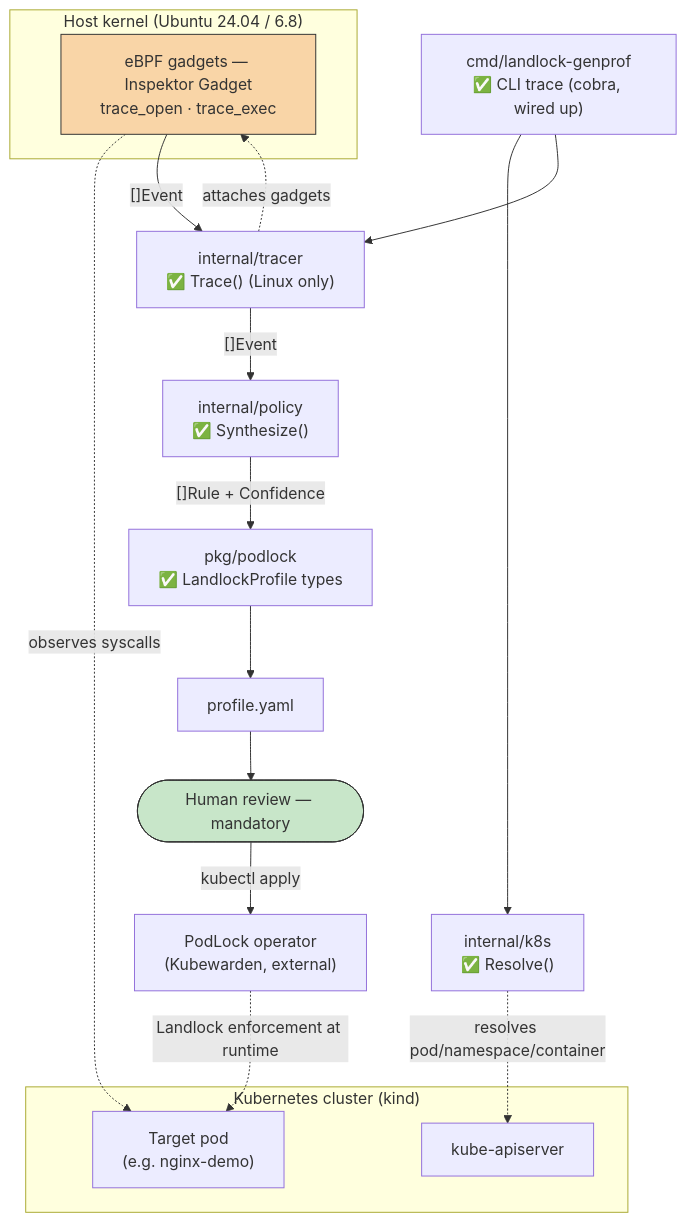
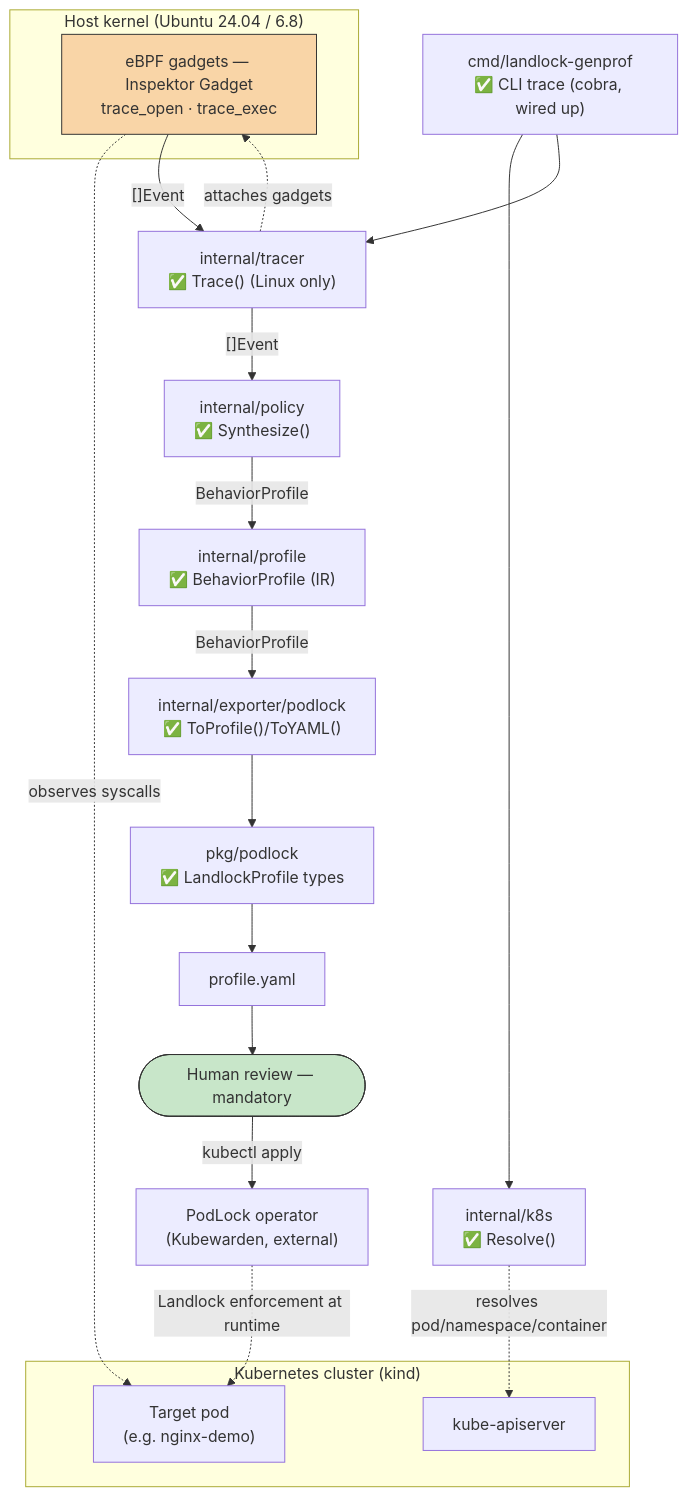
Before and after one commit to idriss-eliguene/landlock-genprof: the first of 3 diagrams in docs/architecture.md, drawn with Mermaid. The commit also changed other lines of this file and 13 other files, not shown here.

First line of the commit message:
refactor(profile): introduce a Behavior IR, isolate PodLock into an exporter

````diff
--- a/docs/architecture.md
+++ b/docs/architecture.md
@@ -11,36 +11,40 @@
 ```mermaid
 flowchart TD
     subgraph cluster["Kubernetes cluster (kind)"]
         POD["Target pod<br/>(e.g. nginx-demo)"]
         API["kube-apiserver"]
     end
 
     subgraph host["Host kernel (Ubuntu 24.04 / 6.8)"]
         EBPF["eBPF gadgets — Inspektor Gadget<br/>trace_open · trace_exec"]
     end
 
     CLI["cmd/landlock-genprof<br/>✅ CLI trace (cobra, wired up)"]
     K8SPKG["internal/k8s<br/>✅ Resolve()"]
     TRACER["internal/tracer<br/>✅ Trace() (Linux only)"]
     POLICY["internal/policy<br/>✅ Synthesize()"]
+    IR["internal/profile<br/>✅ BehaviorProfile (IR)"]
+    EXPORTER["internal/exporter/podlock<br/>✅ ToProfile()/ToYAML()"]
     PODLOCKTYPES["pkg/podlock<br/>✅ LandlockProfile types"]
     YAML["profile.yaml"]
     HUMAN(["Human review — mandatory"])
     PODLOCKOP["PodLock operator<br/>(Kubewarden, external)"]
 
     CLI --> K8SPKG
     K8SPKG -. "resolves pod/namespace/container" .-> API
     CLI --> TRACER
     TRACER -. "attaches gadgets" .-> EBPF
     EBPF -. "observes syscalls" .-> POD
     EBPF -- "[]Event" --> TRACER
     TRACER -- "[]Event" --> POLICY
-    POLICY -- "[]Rule + Confidence" --> PODLOCKTYPES
+    POLICY -- "BehaviorProfile" --> IR
+    IR -- "BehaviorProfile" --> EXPORTER
+    EXPORTER --> PODLOCKTYPES
     PODLOCKTYPES --> YAML
     YAML --> HUMAN
     HUMAN -- "kubectl apply" --> PODLOCKOP
     PODLOCKOP -. "Landlock enforcement at runtime" .-> POD
 
     style EBPF fill:#f9d5a7,stroke:#333
     style HUMAN fill:#c8e6c9,stroke:#333
 ```
````
